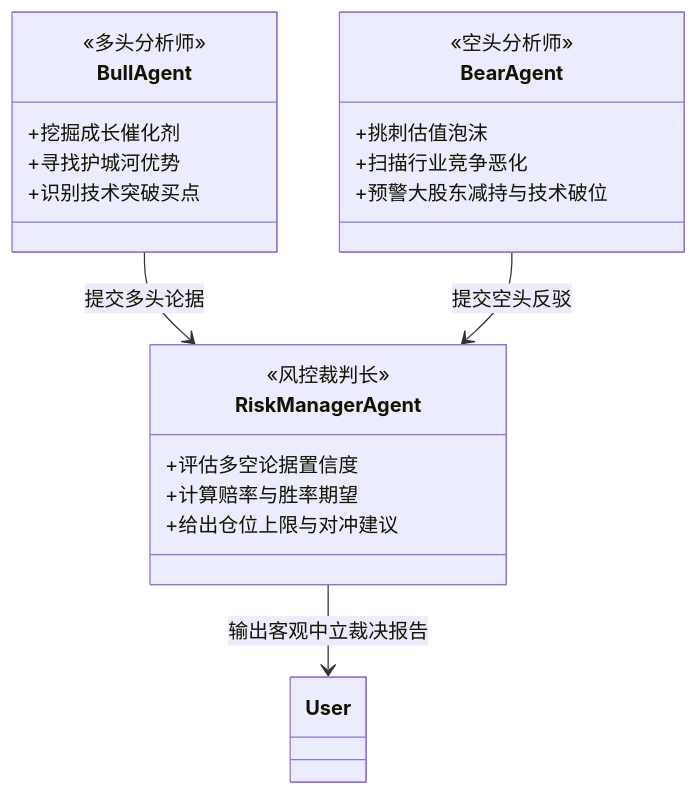
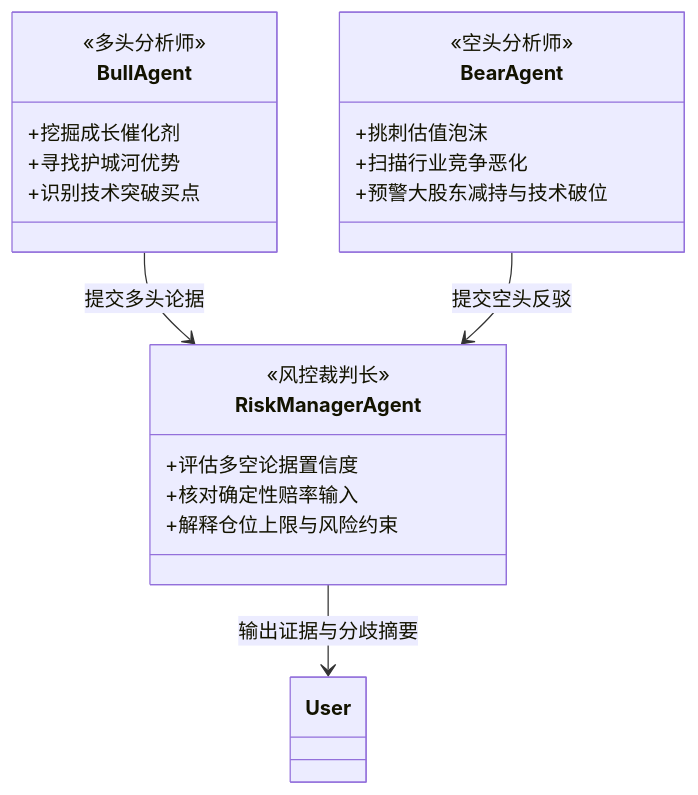
The fifth of 7 diagrams in docs/01.WealthSail投研平台需求文档.md (sinojelly/wealthsail), drawn with Mermaid before and after one commit. The commit also changed other lines of this file and 30 other files, not shown here.

First line of the commit message:
docs: align restored WealthSail detail with phased architecture

````diff
--- a/docs/01.WealthSail投研平台需求文档.md
+++ b/docs/01.WealthSail投研平台需求文档.md
@@ -405,24 +430,24 @@
 ```mermaid
 classDiagram
     class BullAgent {
         <<多头分析师>>
         +挖掘成长催化剂
         +寻找护城河优势
         +识别技术突破买点
     }
     class BearAgent {
         <<空头分析师>>
         +挑刺估值泡沫
         +扫描行业竞争恶化
         +预警大股东减持与技术破位
     }
     class RiskManagerAgent {
         <<风控裁判长>>
         +评估多空论据置信度
-        +计算赔率与胜率期望
-        +给出仓位上限与对冲建议
+        +核对确定性赔率输入
+        +解释仓位上限与风险约束
     }
     BullAgent --> RiskManagerAgent : 提交多头论据
     BearAgent --> RiskManagerAgent : 提交空头反驳
-    RiskManagerAgent --> User : 输出客观中立裁决报告
+    RiskManagerAgent --> User : 输出证据与分歧摘要
 ```
````
